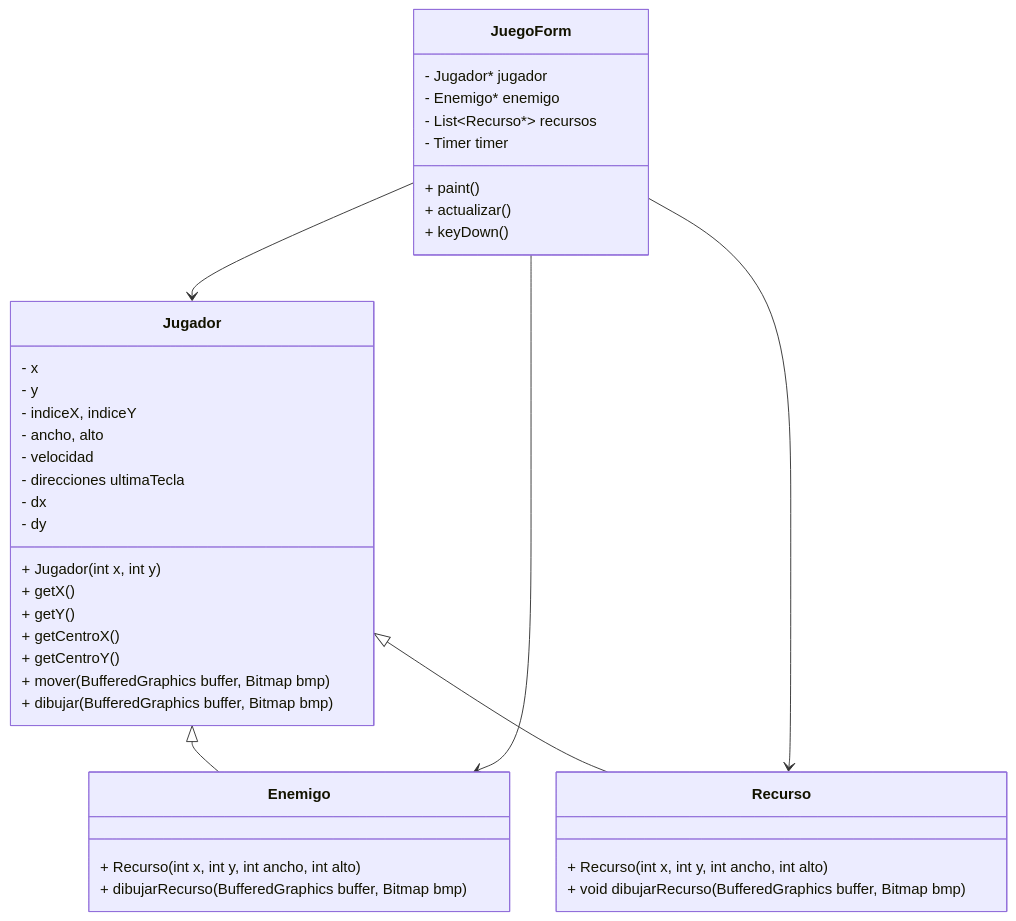
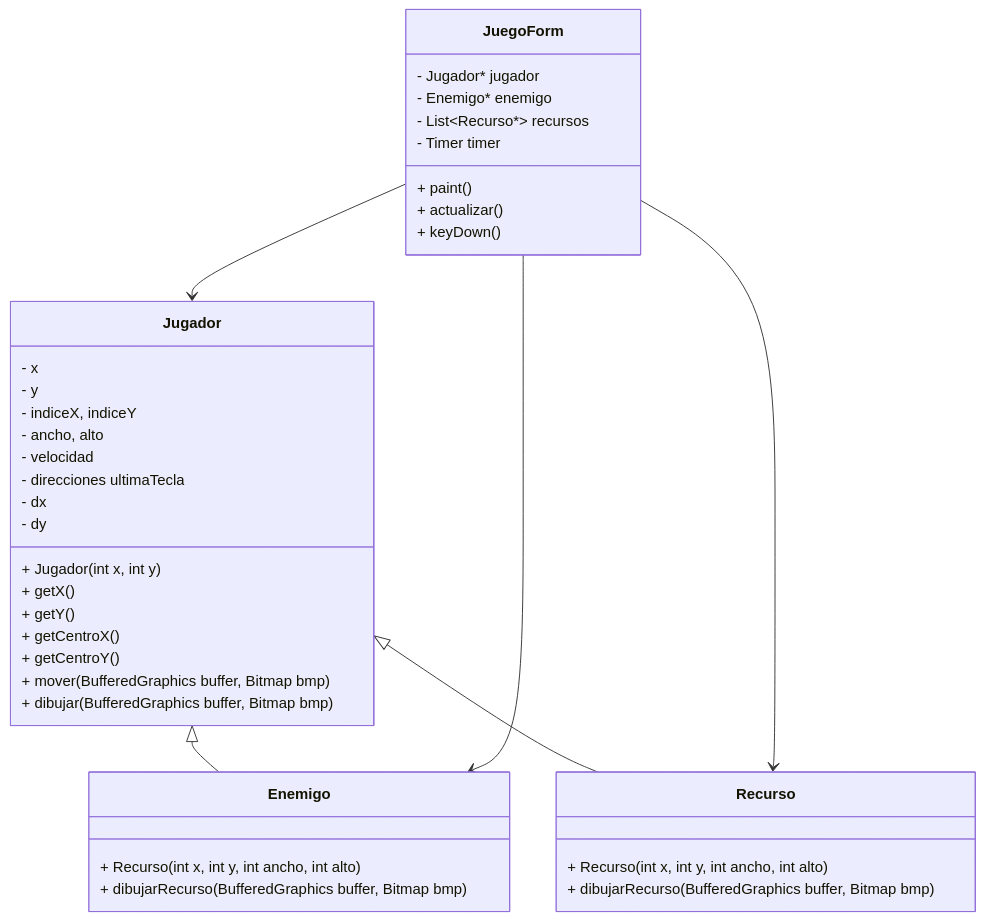
One commit to ismasscs51/algoritmos_group03_tf changed the diagram in INFORME.md. Above: the diagram before and after it, drawn with Mermaid.

Commit message:
Fix method signature and constructor in INFORME.md

````diff
--- a/INFORME.md
+++ b/INFORME.md
@@ -136,48 +136,48 @@
 ```mermaid
 classDiagram
 
 class Jugador {
 - x
 - y
 - indiceX, indiceY
 - ancho, alto
 - velocidad
 - direcciones ultimaTecla
 - dx
 - dy
 + Jugador(int x, int y)
 + getX()
 + getY()
 + getCentroX()
 + getCentroY()
 + mover(BufferedGraphics buffer, Bitmap bmp)
 + dibujar(BufferedGraphics buffer, Bitmap bmp)
 }
 
 class Enemigo {
 + Recurso(int x, int y, int ancho, int alto)
 + dibujarRecurso(BufferedGraphics buffer, Bitmap bmp)
 }
 
 class Recurso {
 + Recurso(int x, int y, int ancho, int alto)
-+ void dibujarRecurso(BufferedGraphics buffer, Bitmap bmp)
++ dibujarRecurso(BufferedGraphics buffer, Bitmap bmp)
 }
 
 class JuegoForm {
 - Jugador* jugador
 - Enemigo* enemigo
 - List~Recurso*~ recursos
 - Timer timer
 + paint()
 + actualizar()
 + keyDown()
 }
 
 Jugador <|-- Enemigo
 Jugador <|-- Recurso
 JuegoForm --> Jugador
 JuegoForm --> Enemigo
 JuegoForm --> Recurso
 
 ```
````
